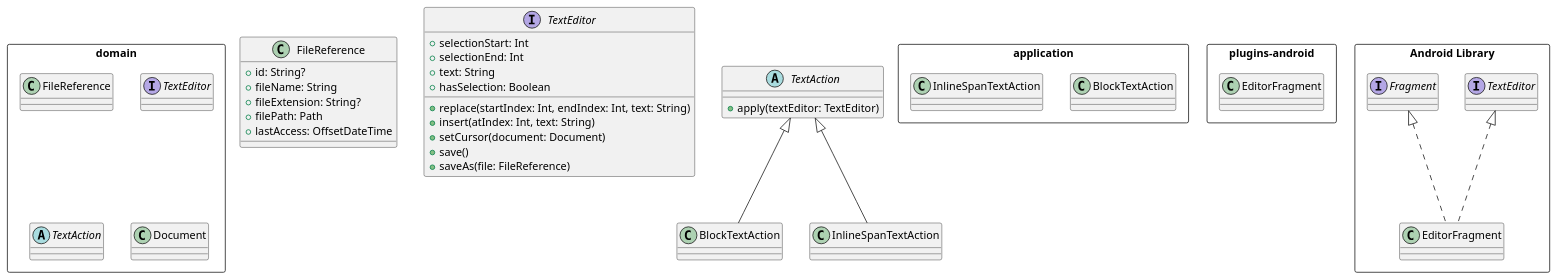
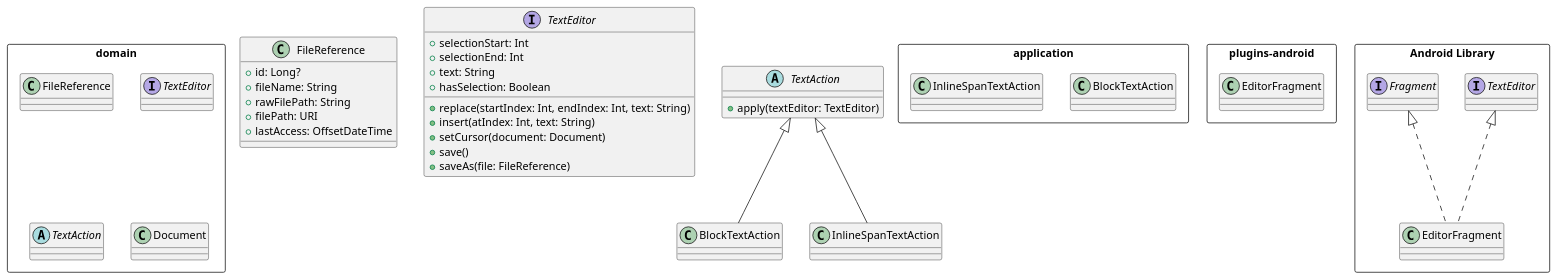
One commit to kereis/medit changed the diagram in doc/diagrams/Visitor-TextActions.puml. Above: the diagram before and after it, drawn with PlantUML. The commit also changed 21 other files, not shown here.

```diff
--- a/doc/diagrams/Visitor-TextActions.puml
+++ b/doc/diagrams/Visitor-TextActions.puml
@@ -1,81 +1,78 @@
 @startuml
 'package domain <<Rectangle>> {
 '    class FileReference
 '    class RecentFileRepository
 '}
 '
 'interface RecentFileRepository {
 '    + suspend getAll(): List<FileReference>
 '    + suspend getLastRecentlyUsedFiles(period: Int): List<FileReference>
 '    + suspend update(files: FileReference[])
 '    + suspend insert(newFiles: FileReference[])
 '    + suspend delete(file: FileReference)
 '}
 
 package domain <<Rectangle>> {
     class FileReference
     interface TextEditor
     abstract TextAction
     class Document
 }
 
 package application <<Rectangle>> {
     class BlockTextAction
     class InlineSpanTextAction
 }
 
 package plugins-android <<Rectangle>> {
     class EditorFragment
 }
 
 package "Android Library" <<Rectangle>> {
     class EditorFragment implements TextEditor, Fragment
 }
 
-
-
 class FileReference {
-    + id: String?
+    + id: Long?
     + fileName: String
-    + fileExtension: String?
-    + filePath: Path
+    + rawFilePath: String
+    + filePath: URI
     + lastAccess: OffsetDateTime
 }
-'
 'package "plugins-android-database" <<Rectangle>> {
 '    class RoomRecentFileRepository
 '}
 '
 'class RoomRecentFileRepository implements RecentFileRepository
 '
 'package "Android Room Database" <<Database>> {
 '}
 '
 'RoomRecentFileRepository --> "Android Room Database"
 '
 '"Android Room Database" "1" *-- "viele" FileReference
 
 interface TextEditor {
     + selectionStart: Int
     + selectionEnd: Int
     + text: String
     + hasSelection: Boolean
 
     + replace(startIndex: Int, endIndex: Int, text: String)
     + insert(atIndex: Int, text: String)
     + setCursor(document: Document)
     + save()
     + saveAs(file: FileReference)
 }
 
 abstract TextAction {
     + apply(textEditor: TextEditor)
 }
 
 class BlockTextAction extends TextAction {
 }
 
 class InlineSpanTextAction extends TextAction {
 }
 
 @enduml
```
